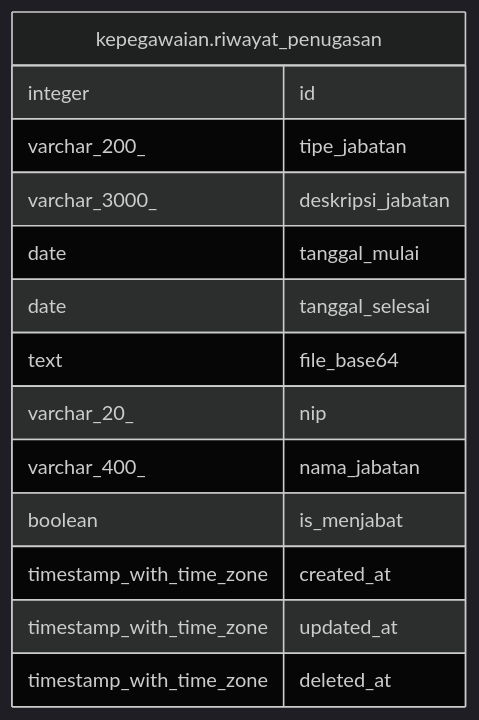
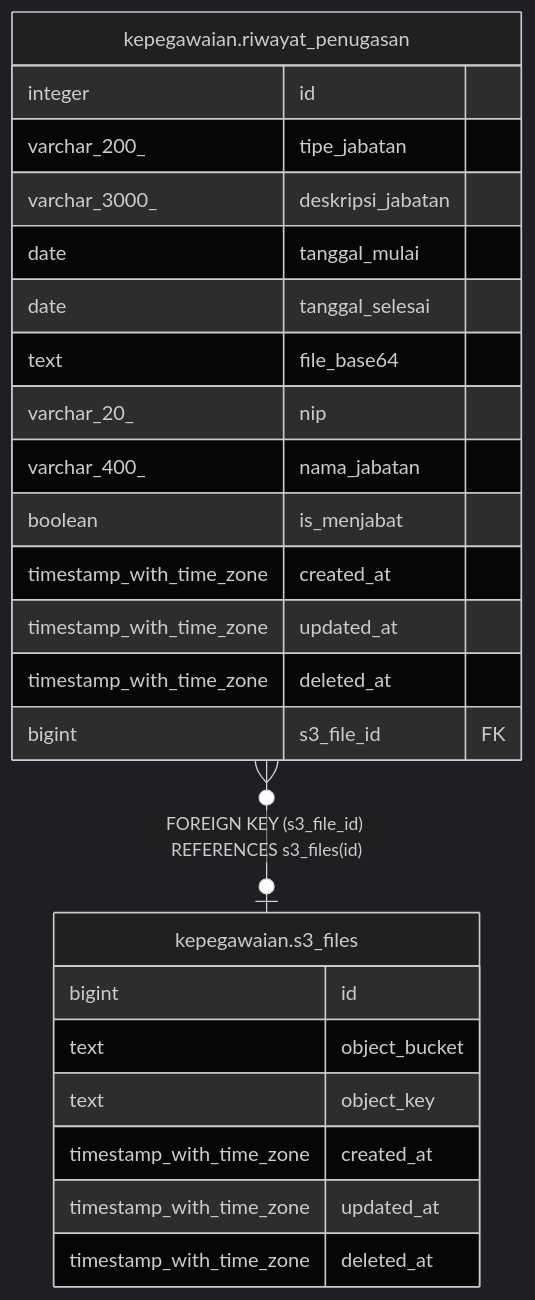
Before and after one commit to nandanugg/triforce.nvim: the diagram in services/kepegawaian/docs/db/kepegawaian.riwayat_penugasan.md, drawn with Mermaid (dark theme). The commit also changed other lines of this file and 41 other files, not shown here.

````diff
--- a/services/kepegawaian/docs/db/kepegawaian.riwayat_penugasan.md
+++ b/services/kepegawaian/docs/db/kepegawaian.riwayat_penugasan.md
@@ -38,19 +40,29 @@
 ```mermaid
 erDiagram
 
+"kepegawaian.riwayat_penugasan" }o--o| "kepegawaian.s3_files" : "FOREIGN KEY (s3_file_id) REFERENCES s3_files(id)"
 
 "kepegawaian.riwayat_penugasan" {
   integer id
   varchar_200_ tipe_jabatan
   varchar_3000_ deskripsi_jabatan
   date tanggal_mulai
   date tanggal_selesai
   text file_base64
   varchar_20_ nip
   varchar_400_ nama_jabatan
   boolean is_menjabat
   timestamp_with_time_zone created_at
   timestamp_with_time_zone updated_at
   timestamp_with_time_zone deleted_at
+  bigint s3_file_id FK
+}
+"kepegawaian.s3_files" {
+  bigint id
+  text object_bucket
+  text object_key
+  timestamp_with_time_zone created_at
+  timestamp_with_time_zone updated_at
+  timestamp_with_time_zone deleted_at
 }
 ```
````
